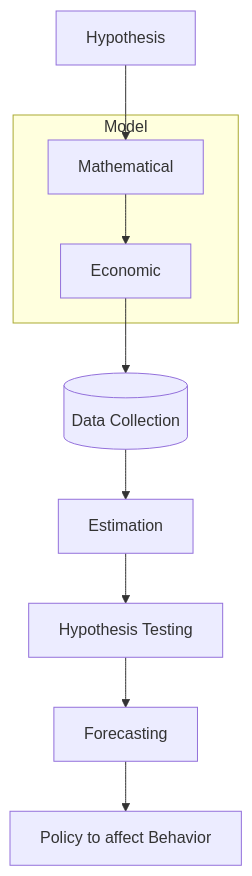
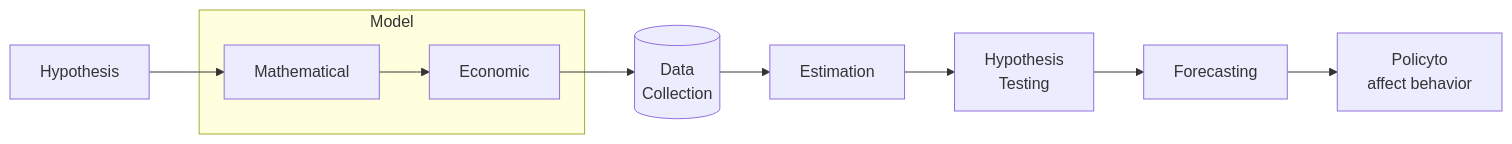
Before and after one commit to uni-notes/uni-notes: the first of 2 diagrams in docs/Open_Electives/Econometrics/02_Methodology.md, drawn with Mermaid.

````diff
--- a/docs/Open_Electives/Econometrics/02_Methodology.md
+++ b/docs/Open_Electives/Econometrics/02_Methodology.md
@@ -3,16 +3,16 @@
 ```mermaid
-flowchart TB
+flowchart LR
 et[Hypothesis] -->
 mm -->
 em -->
-dc[(Data Collection)] -->
+dc[(Data<br/>Collection)] -->
 Estimation -->
-ht[Hypothesis Testing] -->
+ht[Hypothesis<br/>Testing] -->
 Forecasting -->
-p[Policy to affect Behavior]
+p[Policyto<br/>affect behavior]
 
 subgraph Model
 	mm[Mathematical]
 	em[Economic]
 end
 ```
````
